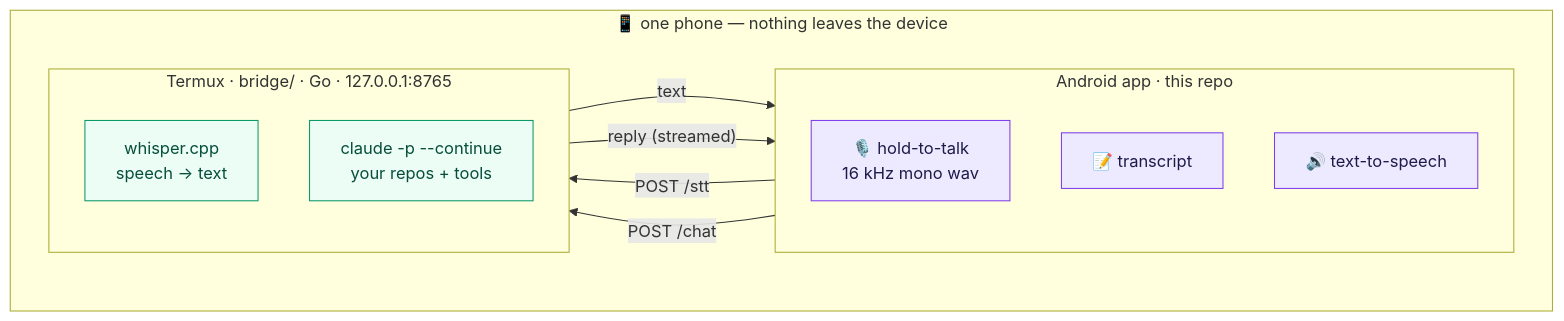
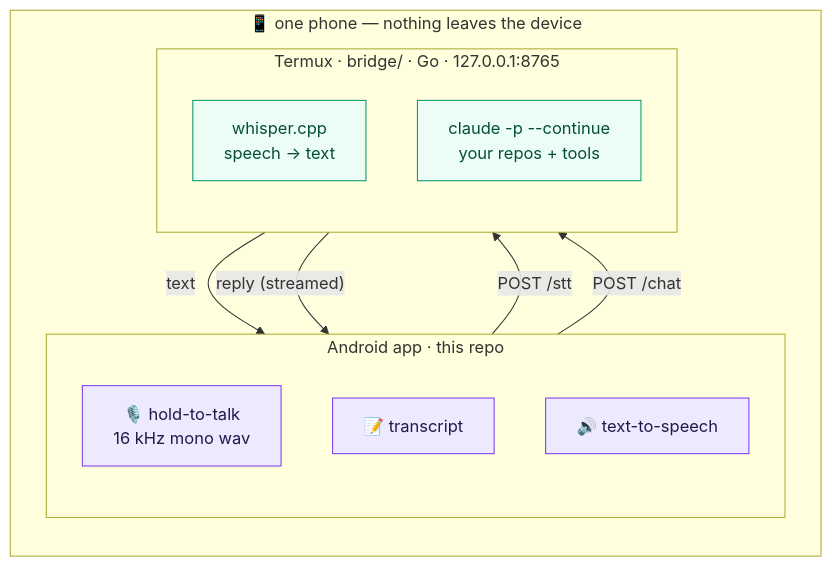
One commit to cyberb/claude-voice changed the diagram in README.md. Above: the diagram before and after it, drawn with Mermaid.

Commit message:
readme: vertical architecture diagram

````diff
--- a/README.md
+++ b/README.md
@@ -18,27 +18,27 @@
 ```mermaid
-flowchart LR
+flowchart TB
   subgraph phone["📱 one phone — nothing leaves the device"]
-    direction LR
+    direction TB
     subgraph app["Android app · this repo"]
       direction TB
       mic["🎙️ hold-to-talk<br/>16 kHz mono wav"]
       tx["📝 transcript"]
       spk["🔊 text-to-speech"]
     end
     subgraph bridge["Termux · bridge/ · Go · 127.0.0.1:8765"]
       direction TB
       stt["whisper.cpp<br/>speech → text"]
       agent["claude -p --continue<br/>your repos + tools"]
     end
   end
 
   mic -- "POST /stt" --> stt
   stt -- "text" --> tx
   tx -- "POST /chat" --> agent
   agent -- "reply (streamed)" --> spk
 
   classDef appbox fill:#ede9fe,stroke:#7c3aed,color:#1e1b4b;
   classDef bridgebox fill:#ecfdf5,stroke:#059669,color:#064e3b;
   class mic,tx,spk appbox;
   class stt,agent bridgebox;
 ```
````
